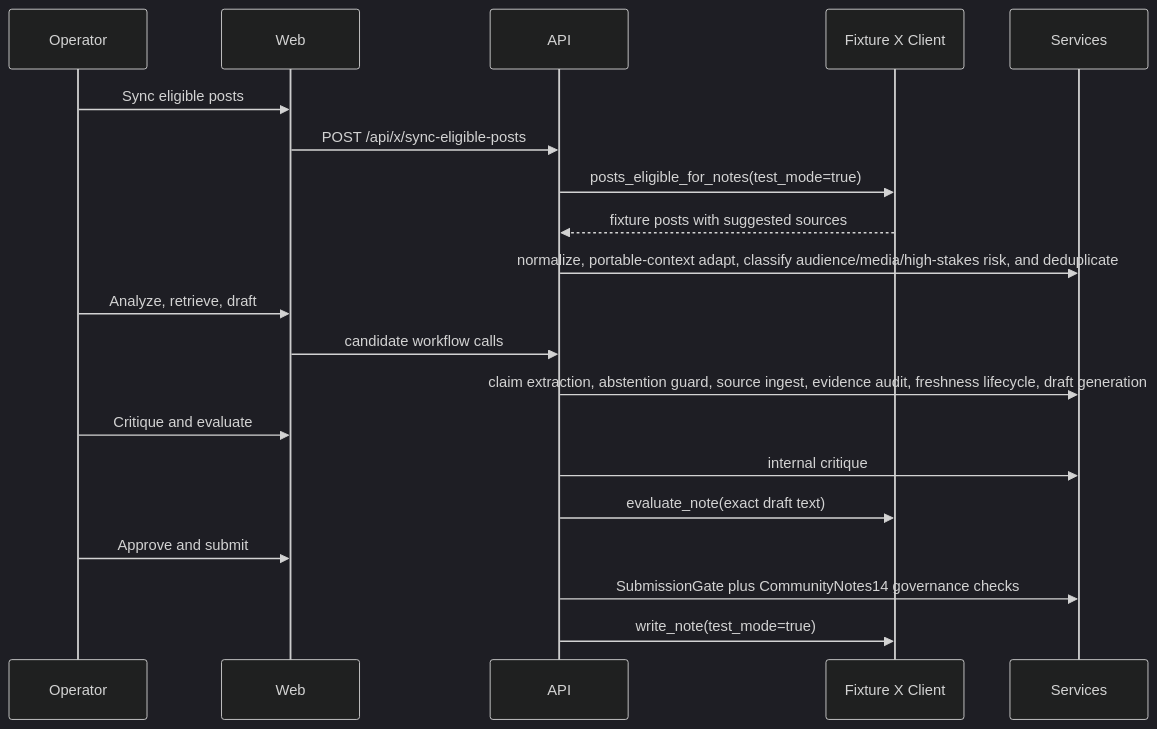
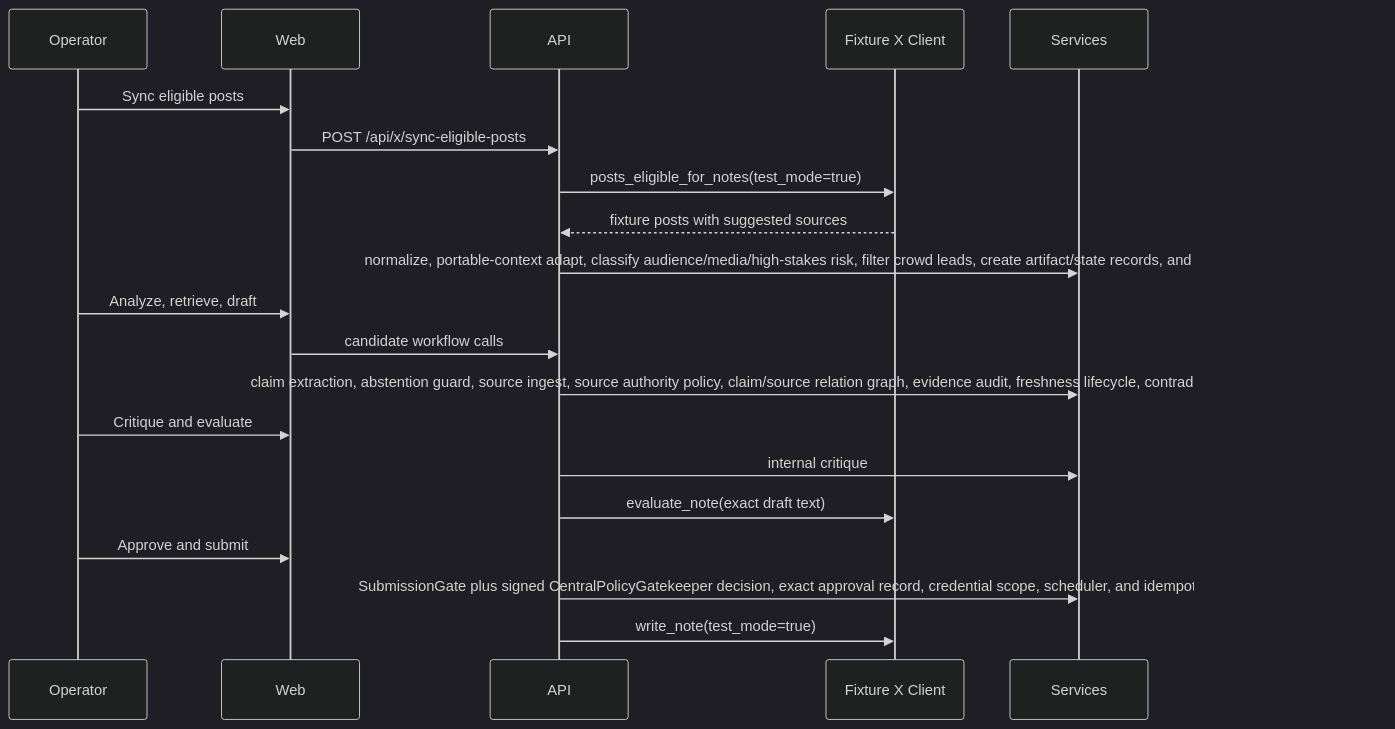
One commit to ghuser29384/Community-Notes-Copilot changed the diagram in docs/ARCHITECTURE.md. Above: the diagram before and after it, drawn with Mermaid (dark theme). The commit also changed other lines of this file and 10 other files, not shown here.

Commit message:
Add CommunityNotes18 control plane

````diff
--- a/docs/ARCHITECTURE.md
+++ b/docs/ARCHITECTURE.md
@@ -15,23 +15,23 @@
 ```mermaid
 sequenceDiagram
   participant Operator
   participant Web
   participant API
   participant XFixture as Fixture X Client
   participant Services
 
   Operator->>Web: Sync eligible posts
   Web->>API: POST /api/x/sync-eligible-posts
   API->>XFixture: posts_eligible_for_notes(test_mode=true)
   XFixture-->>API: fixture posts with suggested sources
-  API->>Services: normalize, portable-context adapt, classify audience/media/high-stakes risk, and deduplicate
+  API->>Services: normalize, portable-context adapt, classify audience/media/high-stakes risk, filter crowd leads, create artifact/state records, and deduplicate
   Operator->>Web: Analyze, retrieve, draft
   Web->>API: candidate workflow calls
-  API->>Services: claim extraction, abstention guard, source ingest, evidence audit, freshness lifecycle, draft generation
+  API->>Services: claim extraction, abstention guard, source ingest, source authority policy, claim/source relation graph, evidence audit, freshness lifecycle, contradiction review, draft generation
   Operator->>Web: Critique and evaluate
   API->>Services: internal critique
   API->>XFixture: evaluate_note(exact draft text)
   Operator->>Web: Approve and submit
-  API->>Services: SubmissionGate plus CommunityNotes14 governance checks
+  API->>Services: SubmissionGate plus signed CentralPolicyGatekeeper decision, exact approval record, credential scope, scheduler, and idempotency checks
   API->>XFixture: write_note(test_mode=true)
 ```
````
